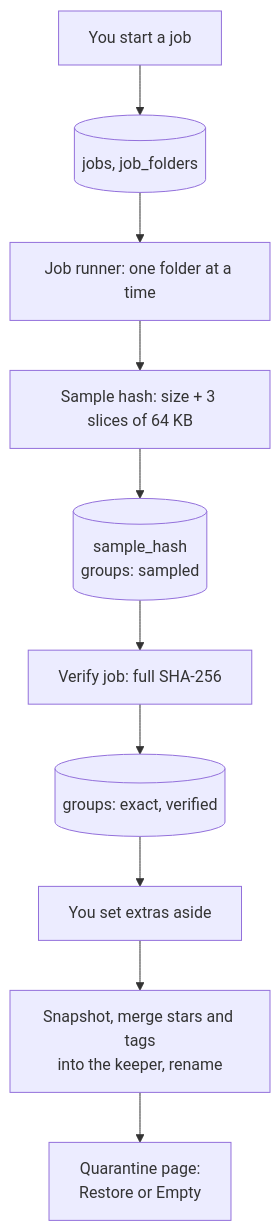
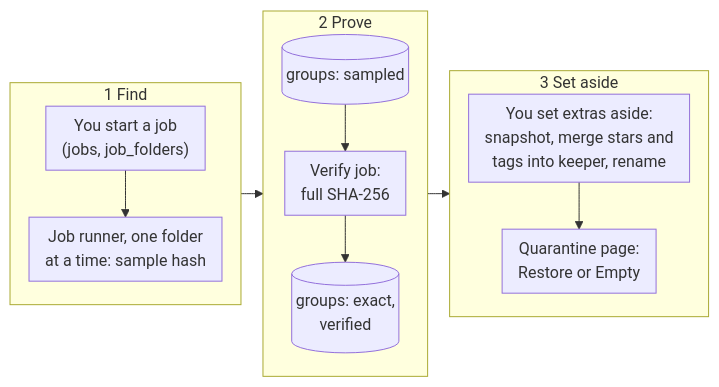
The ninth of 14 diagrams in docs/src/dataflow-lunelis.md (AxialForge/Lunelis), drawn with Mermaid before and after one commit. The commit also changed other lines of this file and 3 other files, not shown here.

Commit message:
Kit: keep table header and last rows with their neighbours, taller figures, diagram and table guidance in the style guide

````diff
--- a/docs/src/dataflow-lunelis.md
+++ b/docs/src/dataflow-lunelis.md
@@ -348,12 +295,17 @@
 ```mermaid Duplicates. A sampled hash is a hint; only a full hash makes a group exact, and only exact groups can be set aside.
-flowchart TD
-  A["You start a job"] --> B[("jobs, job_folders")]
-  B --> C["Job runner: one folder at a time"]
-  C --> D["Sample hash: size + 3 slices of 64 KB"]
-  D --> E[("sample_hash<br/>groups: sampled")]
-  E --> F["Verify job: full SHA-256"]
-  F --> G[("groups: exact, verified")]
-  G --> H["You set extras aside"]
-  H --> I["Snapshot, merge stars and tags<br/>into the keeper, rename"]
-  I --> J["Quarantine page:<br/>Restore or Empty"]
+%%{init: {"flowchart": {"rankSpacing": 22, "nodeSpacing": 18, "padding": 8}}}%%
+flowchart LR
+  subgraph c1["1 Find"]
+    direction TB
+    A["You start a job<br/>(jobs, job_folders)"] --> C["Job runner, one folder<br/>at a time: sample hash"]
+  end
+  subgraph c2["2 Prove"]
+    direction TB
+    D[("groups: sampled")] --> F["Verify job:<br/>full SHA-256"] --> G[("groups: exact,<br/>verified")]
+  end
+  subgraph c3["3 Set aside"]
+    direction TB
+    H["You set extras aside:<br/>snapshot, merge stars and<br/>tags into keeper, rename"] --> J["Quarantine page:<br/>Restore or Empty"]
+  end
+  c1 --> c2 --> c3
 ```
````
